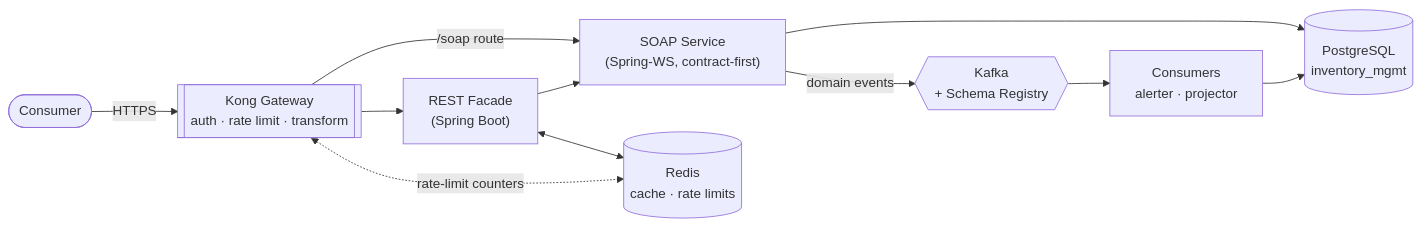
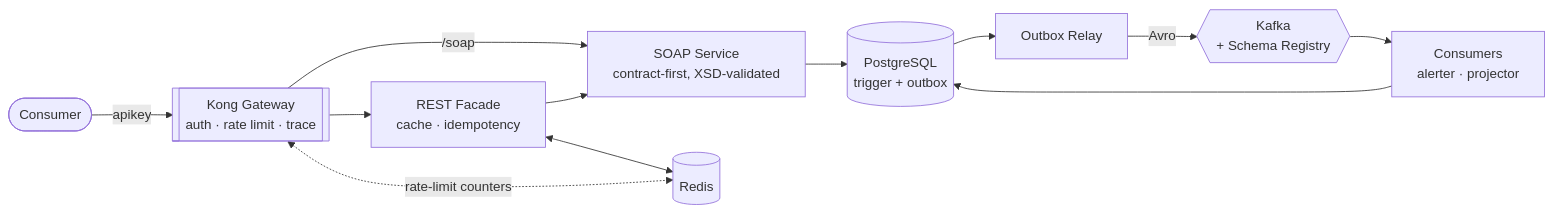
Before and after one commit to jdoan5/Integration-and-API-Platform: the diagram in README.md, drawn with Mermaid. The commit also changed other lines of this file and 9 other files, not shown here.

````diff
--- a/README.md
+++ b/README.md
@@ -13,22 +14,24 @@
 ```mermaid
 flowchart LR
     Client([Consumer])
-    Kong[["Kong Gateway<br/>auth · rate limit · transform"]]
-    REST["REST Facade<br/>(Spring Boot)"]
-    SOAP["SOAP Service<br/>(Spring-WS, contract-first)"]
-    Redis[("Redis<br/>cache · rate limits")]
-    PG[("PostgreSQL<br/>inventory_mgmt")]
+    Kong[["Kong Gateway<br/>auth · rate limit · trace"]]
+    REST["REST Facade<br/>cache · idempotency"]
+    SOAP["SOAP Service<br/>contract-first, XSD-validated"]
+    Redis[("Redis")]
+    PG[("PostgreSQL<br/>trigger + outbox")]
+    Relay["Outbox Relay"]
     Kafka{{"Kafka<br/>+ Schema Registry"}}
-    Consumers["Consumers<br/>alerter · projector"]
+    Cons["Consumers<br/>alerter · projector"]
 
-    Client -->|HTTPS| Kong
+    Client -->|apikey| Kong
     Kong --> REST
-    Kong -->|"/soap route"| SOAP
+    Kong -->|/soap| SOAP
     REST --> SOAP
     REST <--> Redis
     Kong <-.->|rate-limit counters| Redis
     SOAP --> PG
-    SOAP -->|domain events| Kafka
-    Kafka --> Consumers
-    Consumers --> PG
+    PG --> Relay
+    Relay -->|Avro| Kafka
+    Kafka --> Cons
+    Cons --> PG
 ```
````
